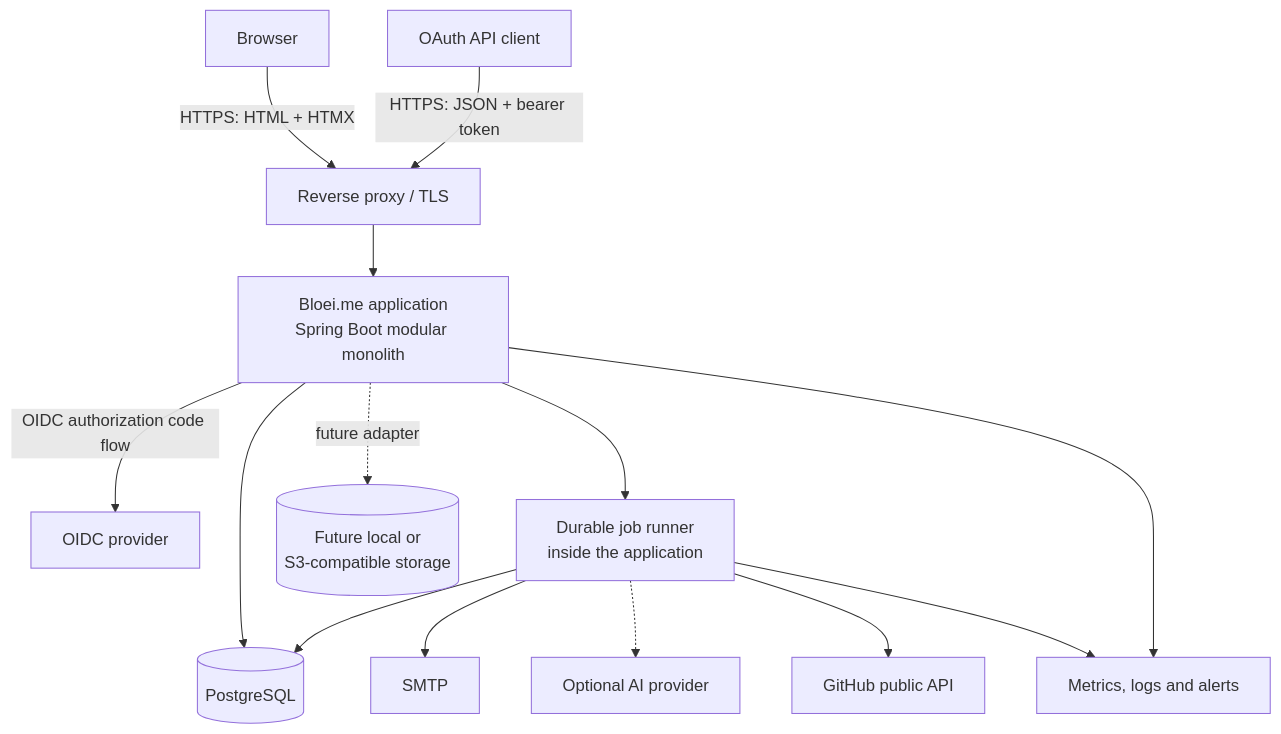
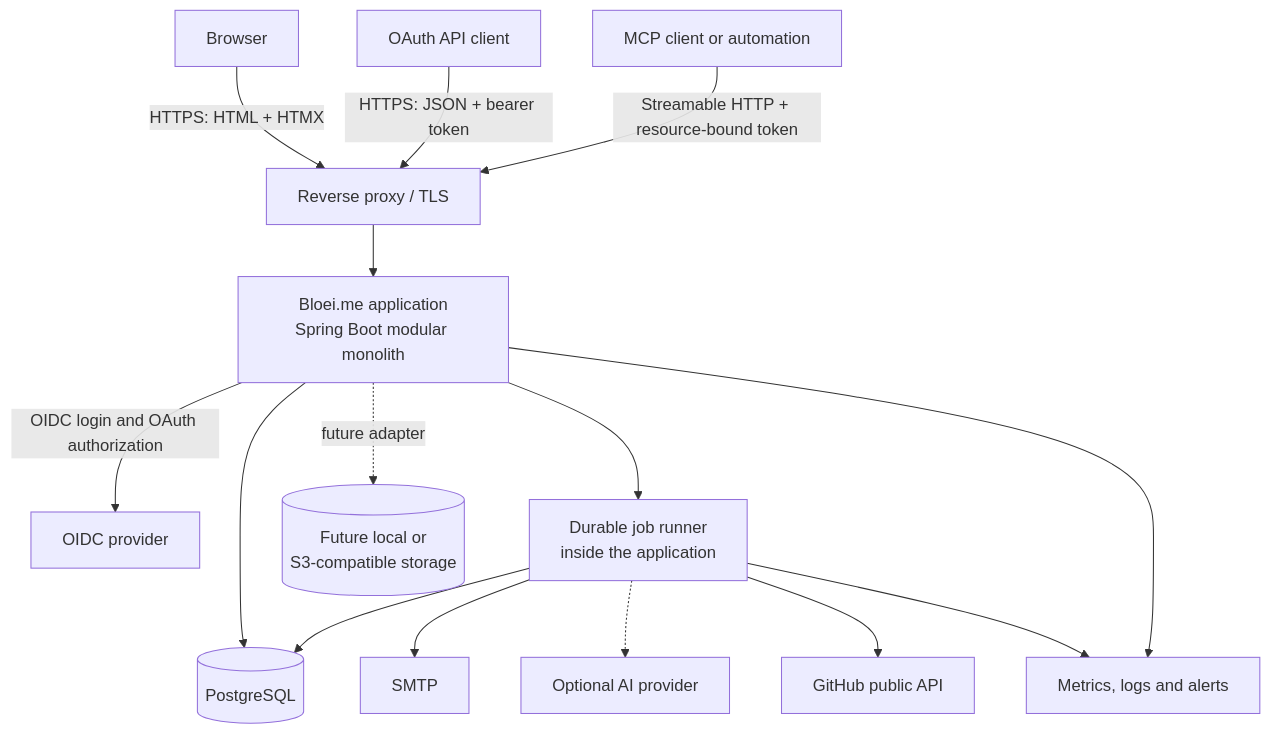
Before and after one commit to sdegroot/bloei.me: the second of 6 diagrams in solution-architecture.md, drawn with Mermaid. The commit also changed other lines of this file and 9 other files, not shown here.

Commit message:
docs(architecture): prioritize read-write MCP automation

````diff
--- a/solution-architecture.md
+++ b/solution-architecture.md
@@ -98,29 +100,31 @@
 ```mermaid
 flowchart TB
     browser[Browser]
     apiClient[OAuth API client]
+    mcpClient[MCP client or automation]
     proxy[Reverse proxy / TLS]
     app[Bloei.me application\nSpring Boot modular monolith]
     jobs[Durable job runner\ninside the application]
     db[(PostgreSQL)]
     objects[(Future local or\nS3-compatible storage)]
     oidc[OIDC provider]
     smtp[SMTP]
     ai[Optional AI provider]
     github[GitHub public API]
     obs[Metrics, logs and alerts]
 
     browser -->|HTTPS: HTML + HTMX| proxy
     apiClient -->|HTTPS: JSON + bearer token| proxy
+    mcpClient -->|Streamable HTTP + resource-bound token| proxy
     proxy --> app
-    app -->|OIDC authorization code flow| oidc
+    app -->|OIDC login and OAuth authorization| oidc
     app --> db
     app -.->|future adapter| objects
     app --> jobs
     jobs --> db
     jobs --> smtp
     jobs -.-> ai
     jobs --> github
     app --> obs
     jobs --> obs
 ```
````
